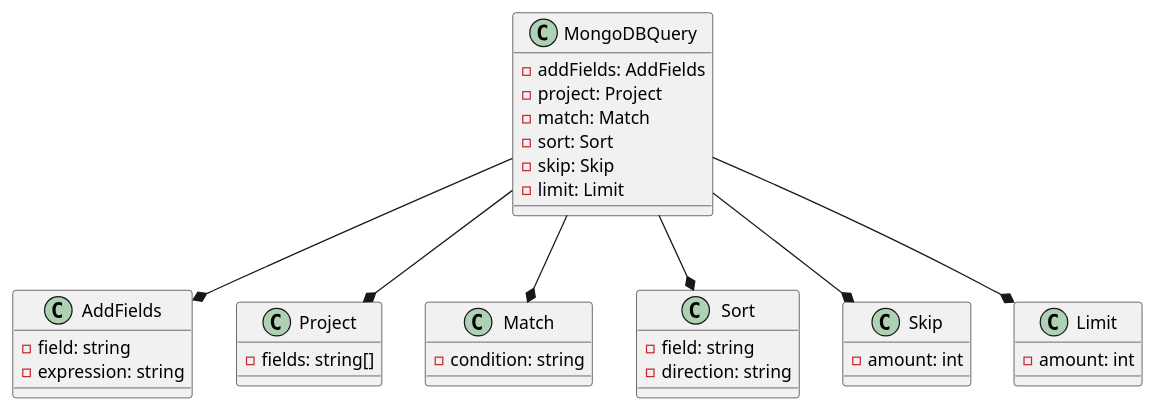
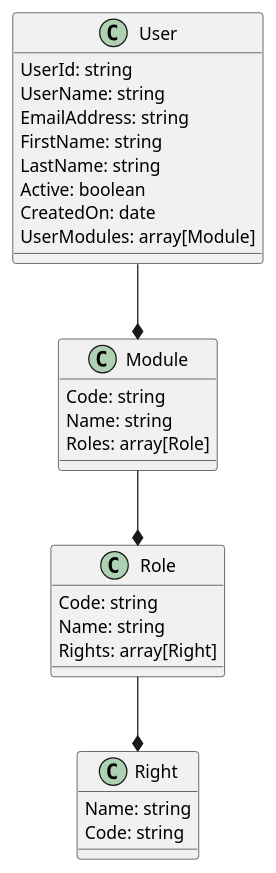
Before and after one commit to mwwhited-forks/dotnet-libs: the first of 2 diagrams in docs/generated/Framework/Eliassen.System.Linq/notes/Documentation.md, drawn with PlantUML. The commit also changed other lines of this file and 444 other files, not shown here.

````diff
--- a/docs/generated/Framework/Eliassen.System.Linq/notes/Documentation.md
+++ b/docs/generated/Framework/Eliassen.System.Linq/notes/Documentation.md
@@ -45,45 +55,31 @@
 ```plantuml
 @startuml
-class MongoDBQuery {
-  - addFields: AddFields
-  - project: Project
-  - match: Match
-  - sort: Sort
-  - skip: Skip
-  - limit: Limit
+class User {
+  UserId: string
+  UserName: string
+  EmailAddress: string
+  FirstName: string
+  LastName: string
+  Active: boolean
+  CreatedOn: date
+  UserModules: array[Module]
 }
-
-class AddFields {
-  - field: string
-  - expression: string
+class Module {
+  Code: string
+  Name: string
+  Roles: array[Role]
 }
-
-class Project {
-  - fields: string[]
+class Role {
+  Code: string
+  Name: string
+  Rights: array[Right]
 }
-
-class Match {
-  - condition: string
+class Right {
+  Name: string
+  Code: string
 }
-
-class Sort {
-  - field: string
-  - direction: string
-}
-
-class Skip {
-  - amount: int
-}
-
-class Limit {
-  - amount: int
-}
-
-MongoDBQuery --* AddFields
-MongoDBQuery --* Project
-MongoDBQuery --* Match
-MongoDBQuery --* Sort
-MongoDBQuery --* Skip
-MongoDBQuery --* Limit
+User --* Module
+Module --* Role
+Role --* Right
 @enduml
 ```
````
